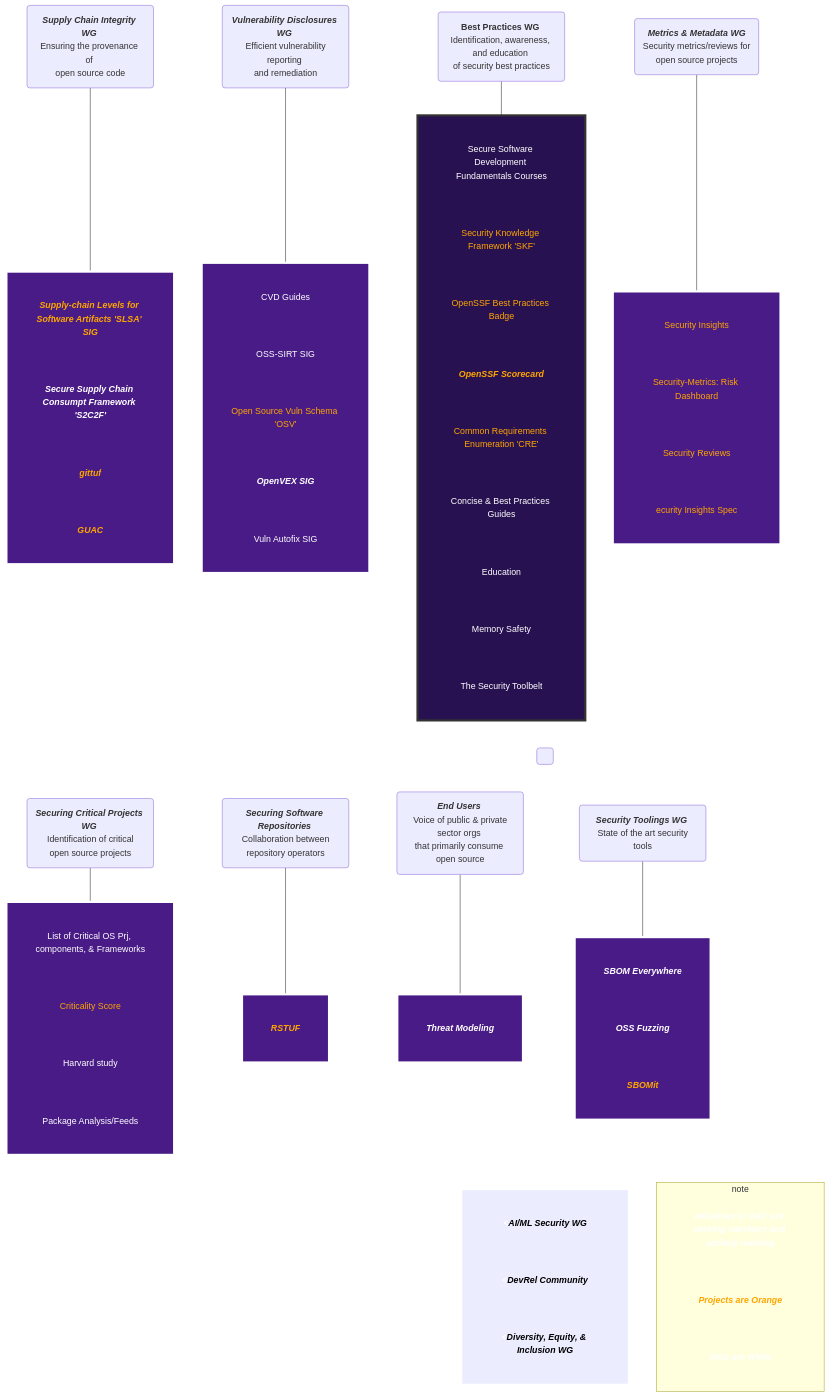
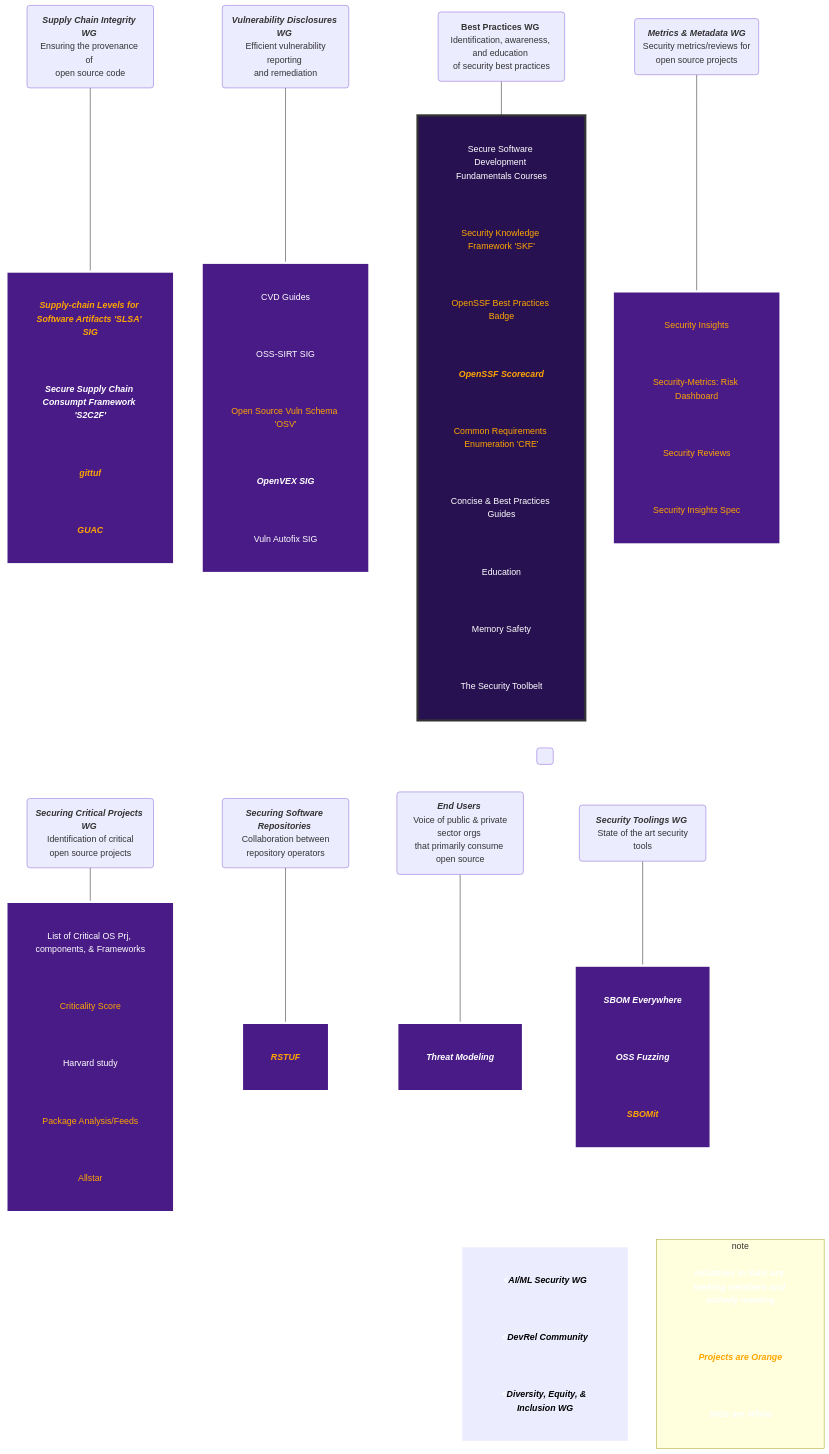
Before and after one commit to ossf/community: the diagram in README.md, drawn with Mermaid. The commit also changed 2 other files, not shown here.

Commit message:
adding sigs and projects

```diff
--- a/README.md
+++ b/README.md
@@ -132,7 +132,7 @@
     eu1(<b><i><font color=white>Threat Modeling</b></i>):::type
 
 end
-    click eu "https://github.com/ossf/wg-securing-software-repos" "Securing Software Repositories"
+    click eu "https://github.com/ossf/wg-endusers" "End Users"
     click eu1 "https://docs.google.com/document/d/1abI65H4pF5y8YtA2_TuDBAaI47v9mTfpr5mwVvccX_I/edit" "Threat Modeling"
 
 mm("<b><i>Metrics & Metadata WG </b></i> \n Security metrics/reviews for \nopen source projects")
@@ -144,14 +144,14 @@
     mm1(<font color=orange>Security Insights):::type
     mm2(<font color=orange>Security-Metrics: Risk Dashboard):::type
     mm3(<font color=orange>Security Reviews):::type
-    mm5(<font color=orange>ecurity Insights Spec ):::type
+    mm5(<font color=orange>Security Insights Spec):::type
 
 end
     click mm "https://github.com/ossf/wg-identifying-security-threats" "Metrics & Metadata"
     click mm1 "https://github.com/ossf/security-insights-spec" "Security Insights"
     click mm2 "https://github.com/ossf/Project-Security-Metrics" "Security-Metrics: Risk Dashboard"
     click mm3 "https://github.com/ossf/security-reviews" "Security Reviews"
-    click mm4 "https://github.com/ossf/security-insights-spec" "ecurity Insights Spec"
+    click mm4 "https://github.com/ossf/security-insights-spec" "Security Insights Spec"
 
 
 scp("<b><i>Securing Critical Projects WG</b></i> \n Identification of critical \nopen source projects")
@@ -163,7 +163,8 @@
     scp1(<font color=white>List of Critical OS Prj, components, & Frameworks):::type
     scp2(<font color=orange>Criticality Score):::type
     scp3(<font color=white>Harvard study):::type
-    scp5(<font color=white>Package Analysis/Feeds):::type
+    scp4(<font color=orange>Package Analysis/Feeds):::type
+    scp5(<font color=orange>Allstar):::type
 
 end
     click scp "https://github.com/ossf/wg-securing-critical-projects" "Securing Critical Projects"
@@ -171,6 +172,7 @@
     click scp2 "https://github.com/ossf/criticality_score" "criticality_score"
     click scp3 "https://www.coreinfrastructure.org/programs/census-program-ii/" "Harvard study"
     click scp4 "https://github.com/ossf/package-analysis" "Package Analysis"
+    click scp5 "https://github.com/ossf/allstar" "Package Analysis"
 
 subgraph note
     direction LR
```
